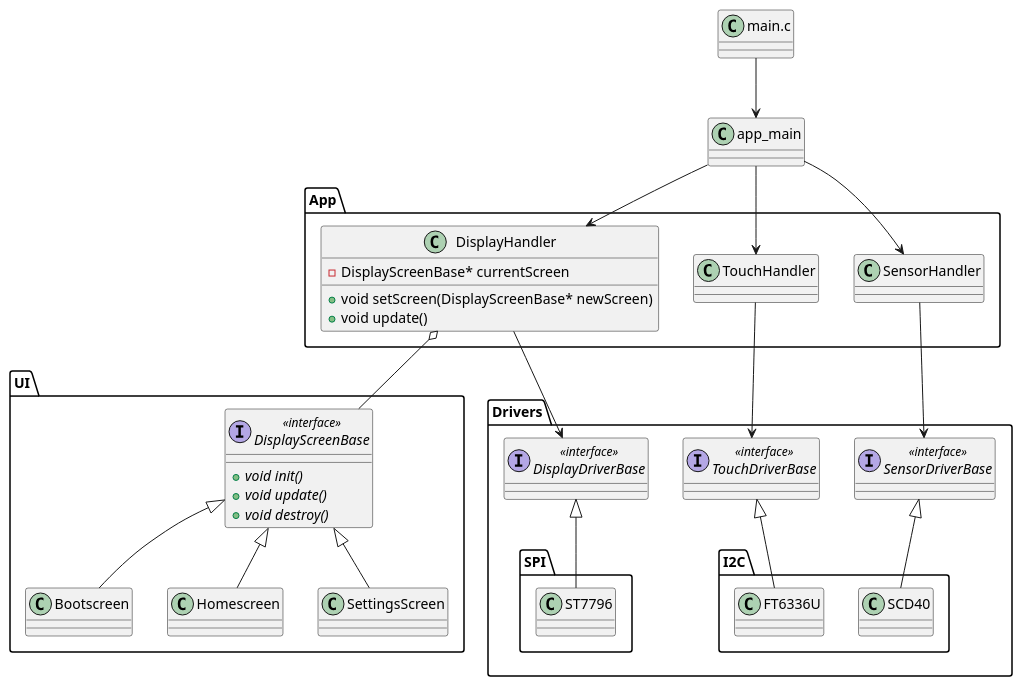
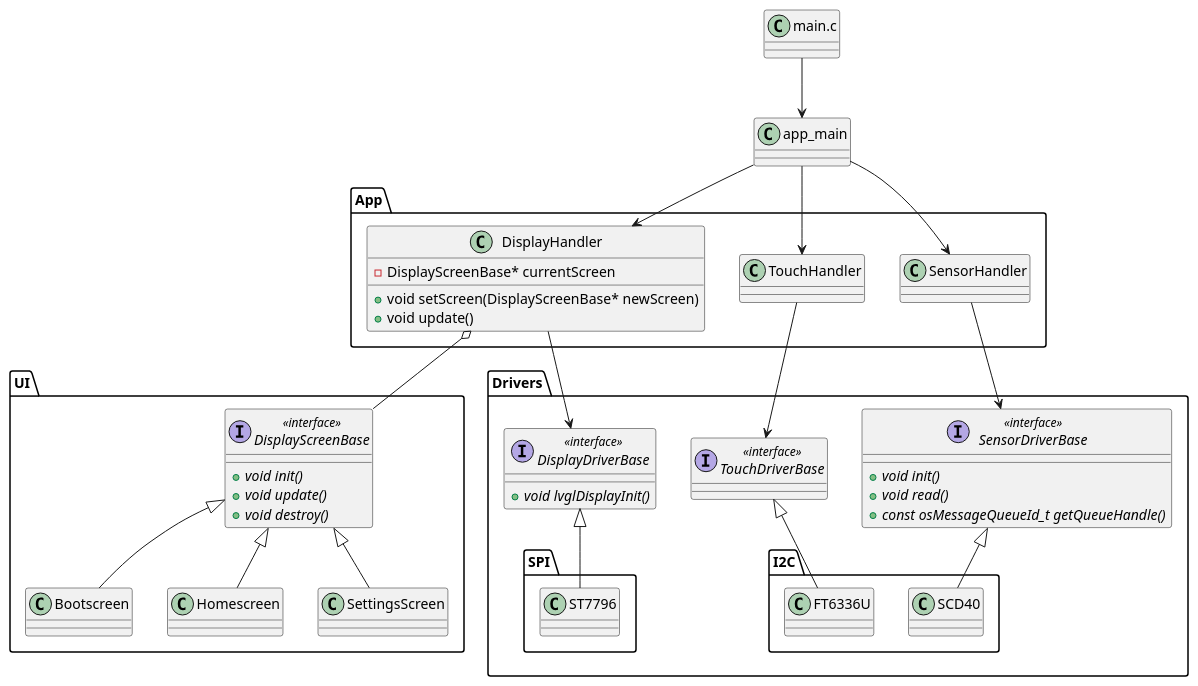
Before and after one commit to CookieLover3000/Co2-Sensor-PoC: the diagram in Docs/class.puml, drawn with PlantUML.

Commit message:
Update class diagram

```diff
--- a/Docs/class.puml
+++ b/Docs/class.puml
@@ -1,90 +1,92 @@
 @startuml Co2 Monitor Class Diagram
 class "main.c" as MainC {
 
 }
 
 class app_main {
 
 }
 namespace App {
     class DisplayHandler {
         - DisplayScreenBase* currentScreen
         + void setScreen(DisplayScreenBase* newScreen)
         + void update()
     }
     class TouchHandler {
 
     }
     class SensorHandler {
 
     }
 }
 
 namespace UI {
 
     Interface DisplayScreenBase <<interface>>{
         + {abstract} void init()
         + {abstract} void update()
         + {abstract} void destroy()
     }
     
     class Bootscreen {
 
     }
     class Homescreen {
 
     }
     class SettingsScreen {
 
     }
 }
 
 namespace Drivers {
 
     interface DisplayDriverBase <<interface>>{
-
+        + {abstract} void lvglDisplayInit()
     }
 
     interface TouchDriverBase <<interface>>{
 
     }
 
     interface SensorDriverBase <<interface>>{
-
+        + {abstract} void init()
+        + {abstract} void read()
+        + {abstract} const osMessageQueueId_t getQueueHandle()
     }
 
     namespace SPI {
         class ST7796 {
 
         }
     }
     namespace I2C {
         class FT6336U {
 
         }
 
         class SCD40 {
 
         }
     }
 }
 
 
 ' This syntax means Circle implements Shape
 MainC --> app_main
 app_main --> DisplayHandler
 app_main --> TouchHandler
 app_main --> SensorHandler
 
 DisplayHandler --> DisplayDriverBase
 DisplayHandler o-- DisplayScreenBase
 DisplayScreenBase <|-- Homescreen
 DisplayScreenBase <|-- SettingsScreen
 DisplayScreenBase <|-- Bootscreen
 TouchHandler --> TouchDriverBase
 SensorHandler --> SensorDriverBase
 
 DisplayDriverBase <|-- ST7796
 TouchDriverBase <|-- FT6336U
 SensorDriverBase <|-- SCD40
 @enduml
```
